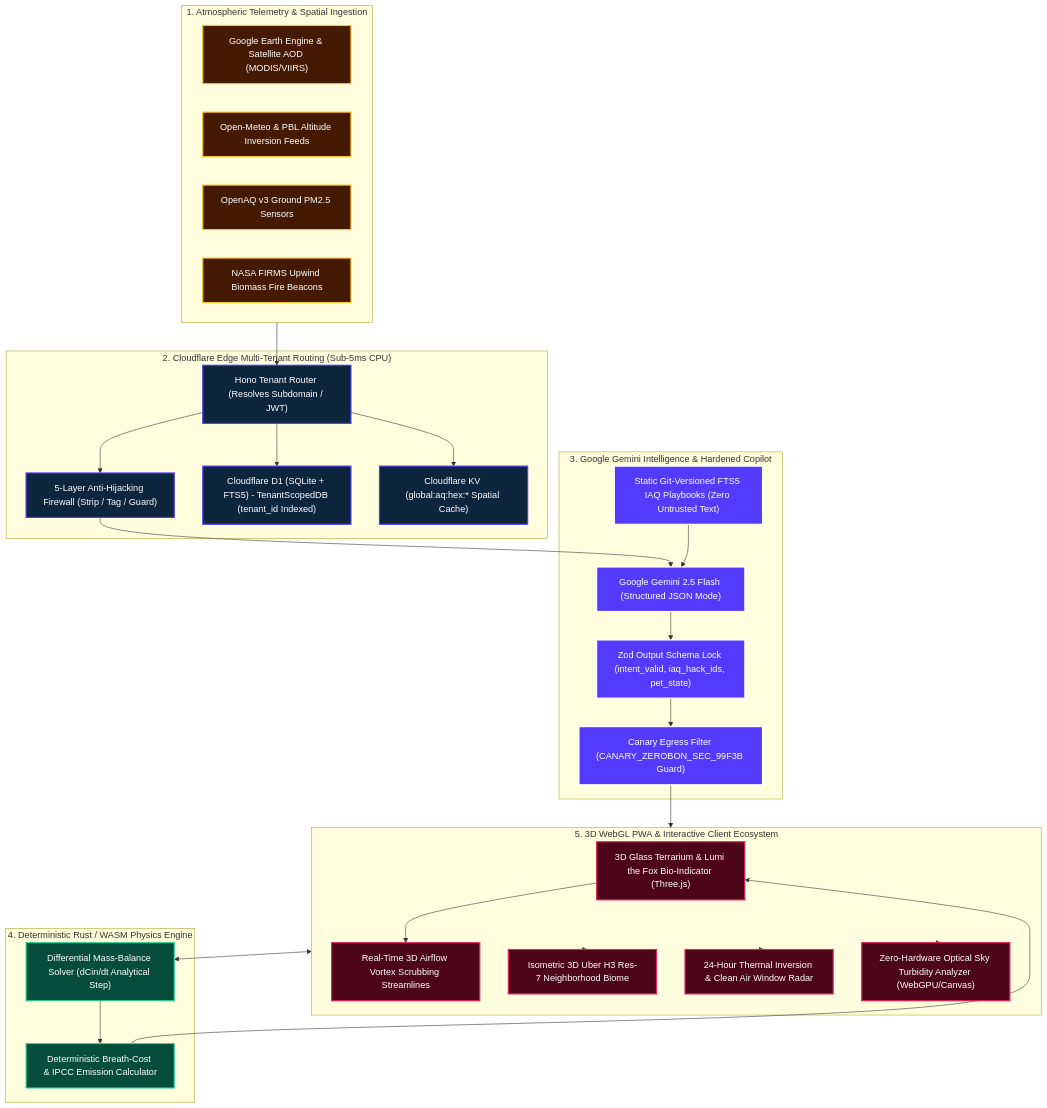
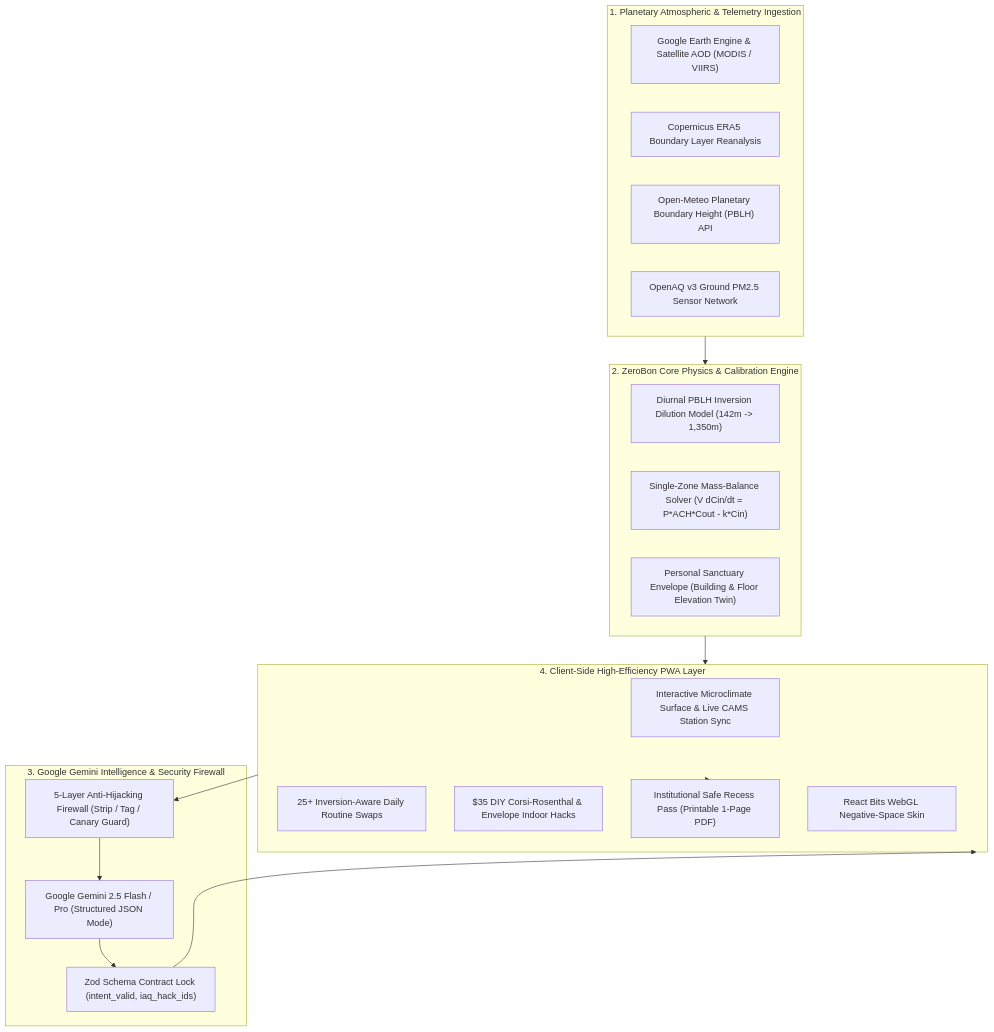
One commit to z99wE/zerobon changed the first of 3 diagrams in README.md. Above: the diagram before and after it, drawn with Mermaid. The commit also changed other lines of this file and 6 other files, not shown here.

Commit message:
feat(audit): optimize bundle chunking, add Cloudflare security headers, enforce HTML sanitization, add WCAG skip-link, and revamp README with Mermaid architecture and Google ecosystem

````diff
--- a/README.md
+++ b/README.md
@@ -19,65 +22,37 @@
 ```mermaid
 flowchart TD
-    subgraph INGESTION ["1. Atmospheric Telemetry & Spatial Ingestion"]
-        GEE["Google Earth Engine & Satellite AOD (MODIS/VIIRS)"]
-        METEO["Open-Meteo & PBL Altitude Inversion Feeds"]
-        AQ["OpenAQ v3 Ground PM2.5 Sensors"]
-        FIRMS["NASA FIRMS Upwind Biomass Fire Beacons"]
+    subgraph SATELLITE ["1. Planetary Atmospheric & Telemetry Ingestion"]
+        GEE["Google Earth Engine & Satellite AOD (MODIS / VIIRS)"]
+        ERA5["Copernicus ERA5 Boundary Layer Reanalysis"]
+        METEO["Open-Meteo Planetary Boundary Height (PBLH) API"]
+        AQ["OpenAQ v3 Ground PM2.5 Sensor Network"]
     end
 
-    subgraph EDGE ["2. Cloudflare Edge Multi-Tenant Routing (Sub-5ms CPU)"]
-        ROUTER["Hono Tenant Router (Resolves Subdomain / JWT)"]
-        FIREWALL["5-Layer Anti-Hijacking Firewall (Strip / Tag / Guard)"]
-        D1["Cloudflare D1 (SQLite + FTS5) - TenantScopedDB (tenant_id Indexed)"]
-        KV["Cloudflare KV (global:aq:hex:* Spatial Cache)"]
+    subgraph ENGINE ["2. ZeroBon Core Physics & Calibration Engine"]
+        INVERSION["Diurnal PBLH Inversion Dilution Model (142m -> 1,350m)"]
+        MASS["Single-Zone Mass-Balance Solver (V dCin/dt = P*ACH*Cout - k*Cin)"]
+        SANCTUARY["Personal Sanctuary Envelope (Building & Floor Elevation Twin)"]
     end
 
-    subgraph GENAI ["3. Google Gemini Intelligence & Hardened Copilot"]
-        GEMINI["Google Gemini 2.5 Flash (Structured JSON Mode)"]
-        RAG["Static Git-Versioned FTS5 IAQ Playbooks (Zero Untrusted Text)"]
-        SCHEMA["Zod Output Schema Lock (intent_valid, iaq_hack_ids, pet_state)"]
-        CANARY["Canary Egress Filter (CANARY_ZEROBON_SEC_99F3B Guard)"]
+    subgraph AI ["3. Google Gemini Intelligence & Security Firewall"]
+        GEMINI["Google Gemini 2.5 Flash / Pro (Structured JSON Mode)"]
+        FIREWALL["5-Layer Anti-Hijacking Firewall (Strip / Tag / Canary Guard)"]
+        SCHEMA["Zod Schema Contract Lock (intent_valid, iaq_hack_ids)"]
     end
 
-    subgraph PHYSICS ["4. Deterministic Rust / WASM Physics Engine"]
-        WASM["Differential Mass-Balance Solver (dCin/dt Analytical Step)"]
-        RECEIPT["Deterministic Breath-Cost & IPCC Emission Calculator"]
+    subgraph CLIENT ["4. Client-Side High-Efficiency PWA Layer"]
+        HERO["Interactive Microclimate Surface & Live CAMS Station Sync"]
+        ROUTINES["25+ Inversion-Aware Daily Routine Swaps"]
+        HACKS["$35 DIY Corsi-Rosenthal & Envelope Indoor Hacks"]
+        RECESS["Institutional Safe Recess Pass (Printable 1-Page PDF)"]
+        FIBERS["React Bits WebGL Negative-Space Skin"]
     end
 
-    subgraph CLIENT ["5. 3D WebGL PWA & Interactive Client Ecosystem"]
-        TERRARIUM["3D Glass Terrarium & Lumi the Fox Bio-Indicator (Three.js)"]
-        AIRFLOW["Real-Time 3D Airflow Vortex Scrubbing Streamlines"]
-        BIOME["Isometric 3D Uber H3 Res-7 Neighborhood Biome"]
-        RADAR["24-Hour Thermal Inversion & Clean Air Window Radar"]
-        OPTICAL["Zero-Hardware Optical Sky Turbidity Analyzer (WebGPU/Canvas)"]
-    end
-
-    INGESTION --> ROUTER
-    ROUTER --> D1
-    ROUTER --> KV
-    ROUTER --> FIREWALL
+    SATELLITE --> ENGINE
+    ENGINE --> CLIENT
+    CLIENT --> FIREWALL
     FIREWALL --> GEMINI
-    RAG --> GEMINI
     GEMINI --> SCHEMA
-    SCHEMA --> CANARY
-    CANARY --> CLIENT
-    CLIENT <--> WASM
-    WASM --> RECEIPT
-    RECEIPT --> TERRARIUM
-    TERRARIUM --> AIRFLOW
-    CLIENT --> BIOME
-    CLIENT --> RADAR
-    CLIENT --> OPTICAL
-
-    classDef dark fill:#0d253d,stroke:#533afd,stroke-width:2px,color:#ffffff;
-    classDef indigo fill:#533afd,stroke:#ffffff,stroke-width:2px,color:#ffffff;
-    classDef emerald fill:#064e3b,stroke:#34d399,stroke-width:2px,color:#ffffff;
-    classDef ruby fill:#4c0519,stroke:#ea2261,stroke-width:2px,color:#ffffff;
-    classDef amber fill:#451a03,stroke:#fbbf24,stroke-width:2px,color:#ffffff;
-
-    class GEE,METEO,AQ,FIRMS amber;
-    class ROUTER,D1,KV,FIREWALL dark;
-    class GEMINI,RAG,SCHEMA,CANARY indigo;
-    class WASM,RECEIPT emerald;
-    class TERRARIUM,AIRFLOW,BIOME,RADAR,OPTICAL ruby;
+    SCHEMA --> CLIENT
+    CLIENT --> RECESS
 ```
````
